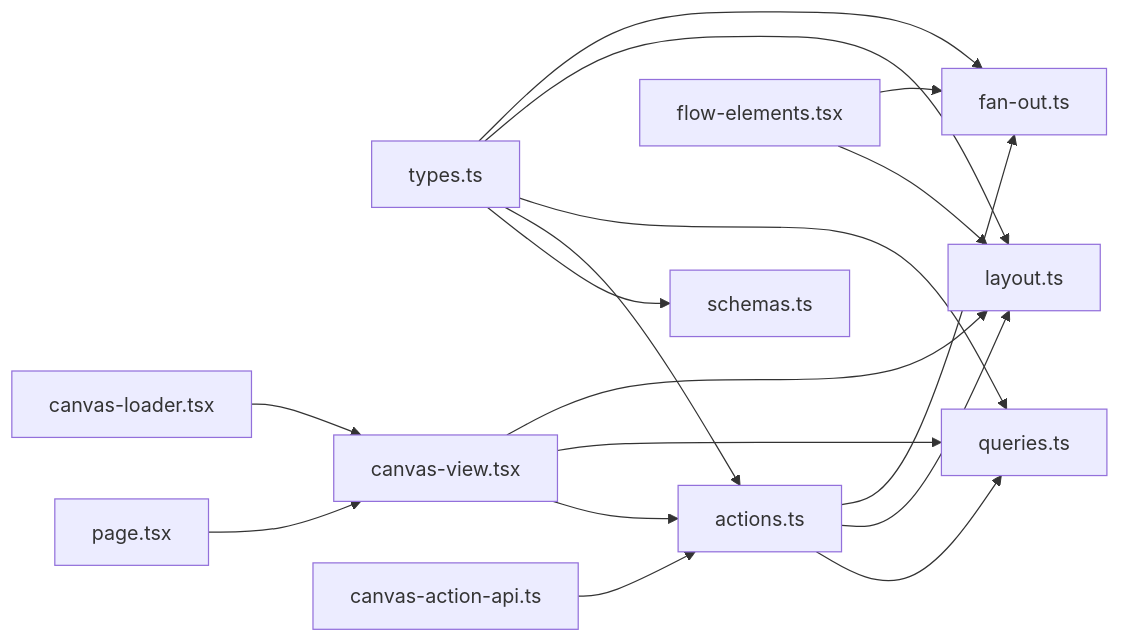
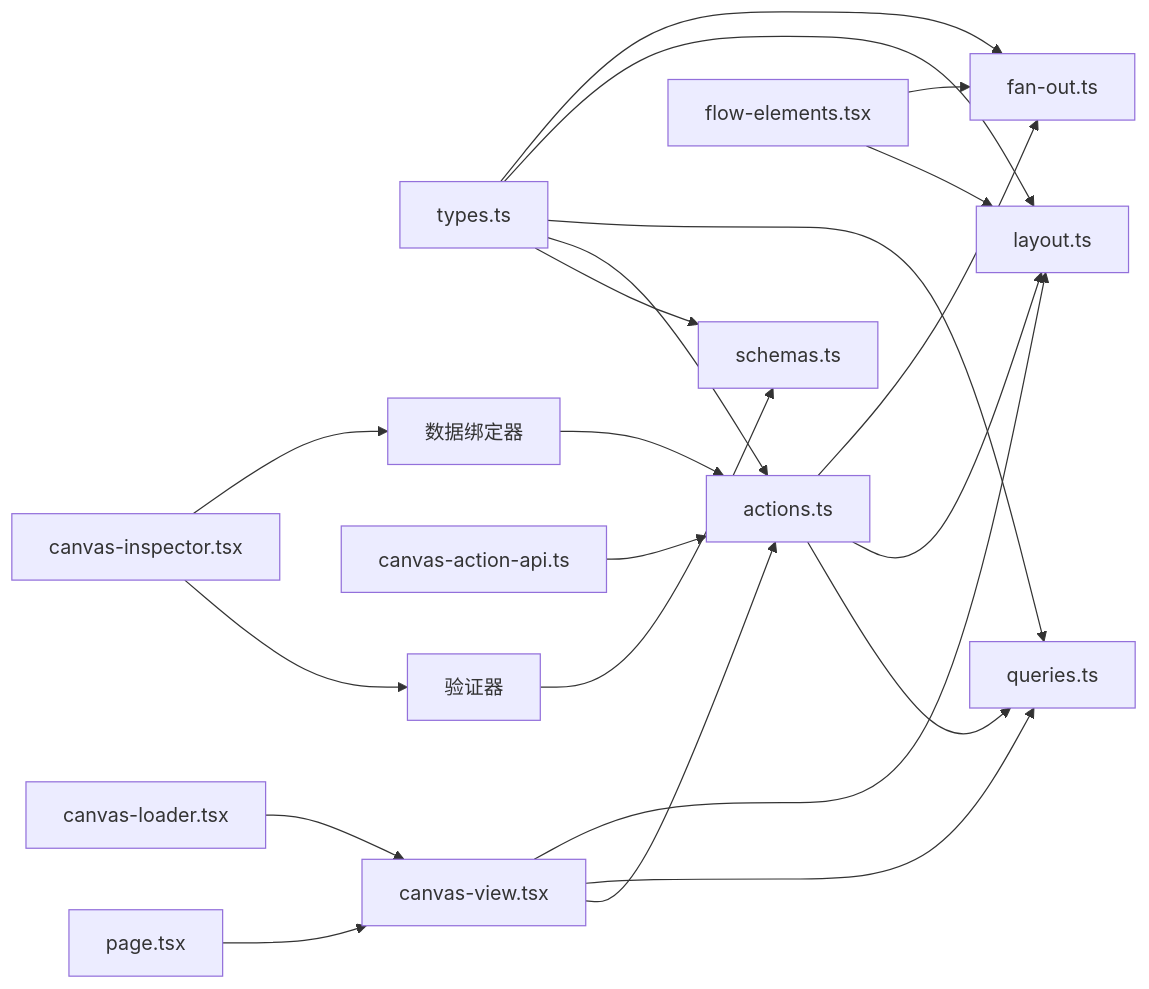
Diagram 12 of 12 in .qoder/repowiki/zh/content/架构设计/核心模块设计/画布编辑器设计/画布编辑器设计.md (AIMFllyYS/code-video-canvas), drawn with Mermaid before and after one commit. The commit also changed other lines of this file and 31 other files, not shown here.

````diff
--- a/.qoder/repowiki/zh/content/架构设计/核心模块设计/画布编辑器设计/画布编辑器设计.md
+++ b/.qoder/repowiki/zh/content/架构设计/核心模块设计/画布编辑器设计/画布编辑器设计.md
@@ -480,19 +610,23 @@
 ```mermaid
 graph LR
 Types["types.ts"] --> Schemas["schemas.ts"]
 Types --> Actions["actions.ts"]
 Types --> Queries["queries.ts"]
 Types --> Layout["layout.ts"]
 Types --> FanOut["fan-out.ts"]
 Actions --> Queries
 Actions --> Layout
 Actions --> FanOut
 UI_Page["page.tsx"] --> UI_View["canvas-view.tsx"]
 UI_Loader["canvas-loader.tsx"] --> UI_View
 UI_View --> Actions
 UI_View --> Queries
 UI_View --> Layout
 UI_Flow["flow-elements.tsx"] --> Layout
 UI_Flow --> FanOut
 UI_API["canvas-action-api.ts"] --> Actions
+UI_Inspector["canvas-inspector.tsx"] --> Validators["验证器"]
+UI_Inspector --> Binders["数据绑定器"]
+Validators --> Schemas
+Binders --> Actions
 ```
````
